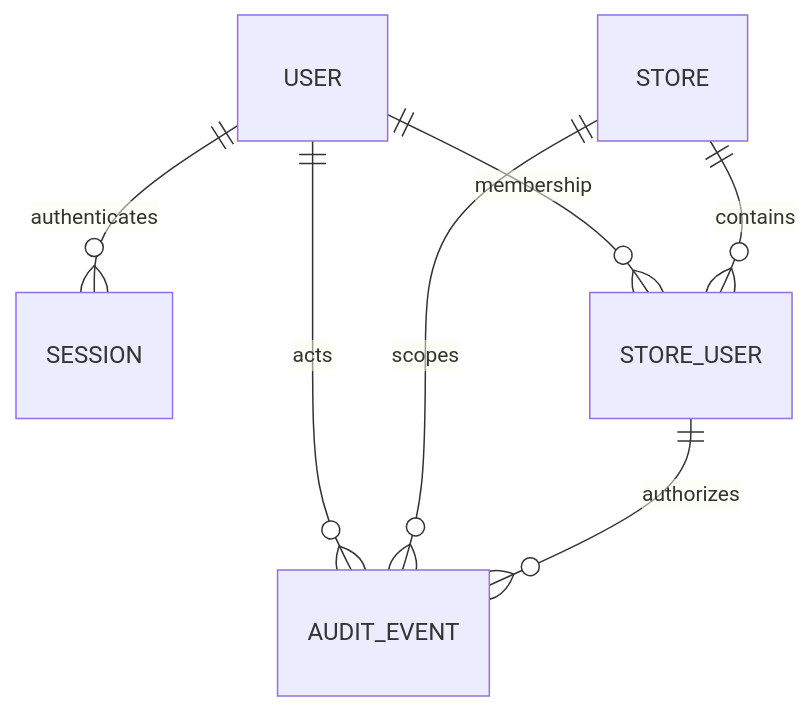
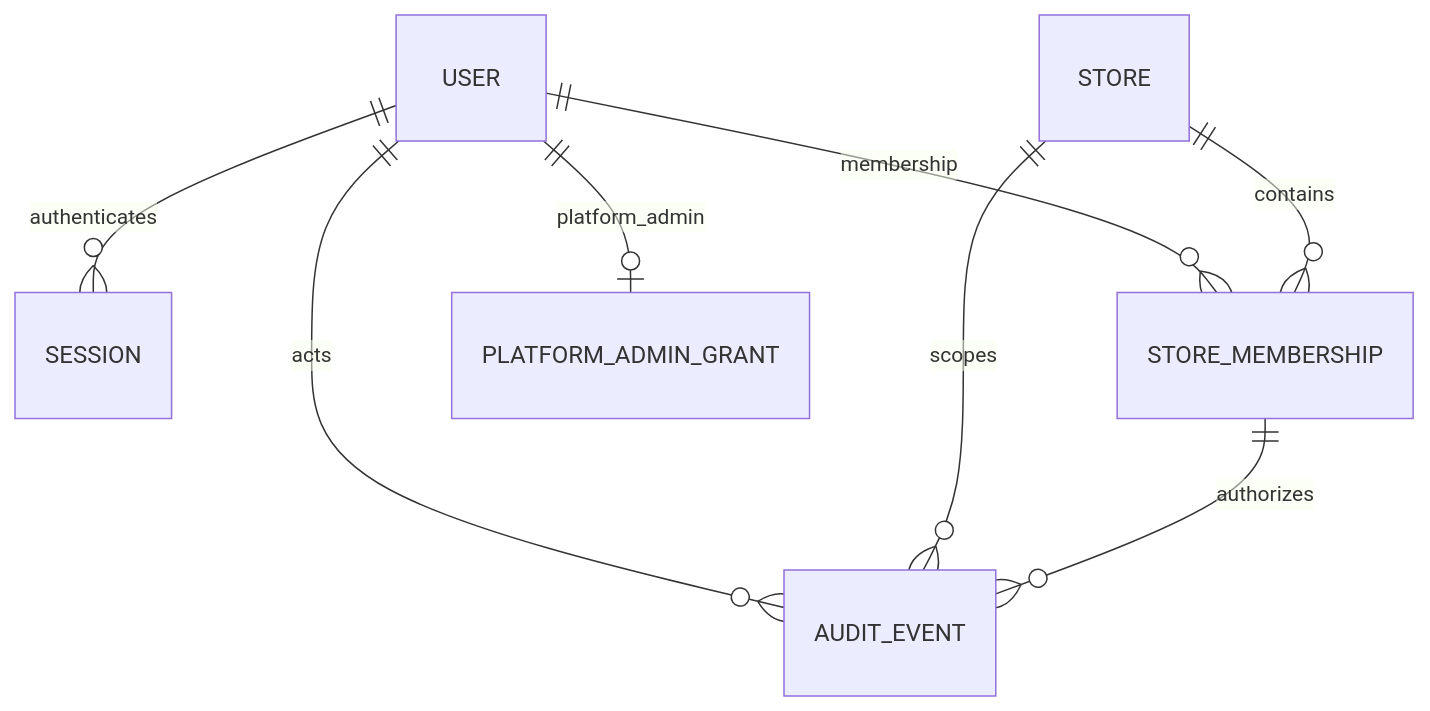
One commit to dujiu1024-dotcom/Smart-Marketing changed the first of 4 diagrams in docs/CORE_DATA_MODEL_AND_API_SCHEMAS_V1.md. Above: the diagram before and after it, drawn with Mermaid. The commit also changed other lines of this file, not shown here.

Commit message:
docs(core-model): align membership, store facts and job status contracts

````diff
--- a/docs/CORE_DATA_MODEL_AND_API_SCHEMAS_V1.md
+++ b/docs/CORE_DATA_MODEL_AND_API_SCHEMAS_V1.md
@@ -32,9 +32,10 @@
 ```mermaid
 erDiagram
   USER ||--o{ SESSION : authenticates
-  USER ||--o{ STORE_USER : membership
-  STORE ||--o{ STORE_USER : contains
+  USER ||--o{ STORE_MEMBERSHIP : membership
+  STORE ||--o{ STORE_MEMBERSHIP : contains
+  USER ||--o| PLATFORM_ADMIN_GRANT : platform_admin
   USER ||--o{ AUDIT_EVENT : acts
   STORE ||--o{ AUDIT_EVENT : scopes
-  STORE_USER ||--o{ AUDIT_EVENT : authorizes
+  STORE_MEMBERSHIP ||--o{ AUDIT_EVENT : authorizes
 ```
````
